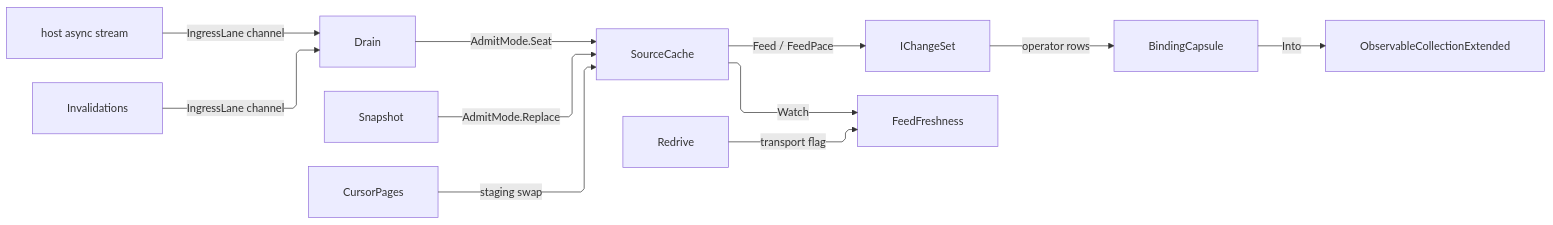
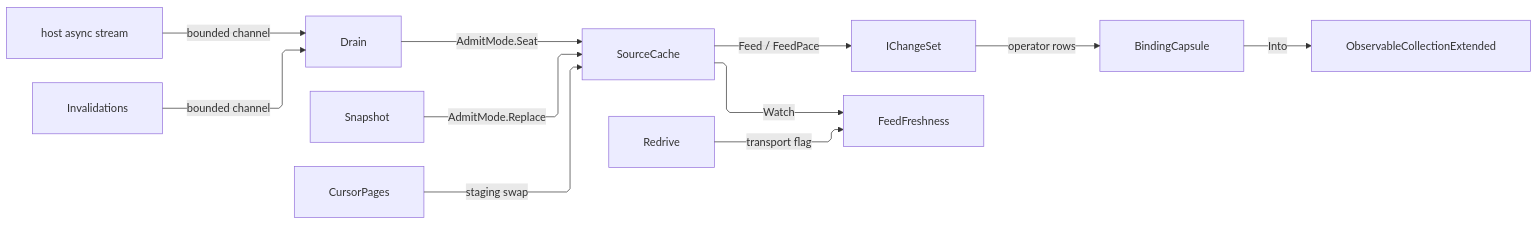
The first of 2 diagrams in libs/dotnet/Rasm.AppUi/.planning/Editing/livedata.md (bsamiee/Rasm), drawn with Mermaid before and after one commit. The commit also changed other lines of this file and 1417 other files, not shown here.

````diff
--- a/libs/dotnet/Rasm.AppUi/.planning/Editing/livedata.md
+++ b/libs/dotnet/Rasm.AppUi/.planning/Editing/livedata.md
@@ -402,22 +377,22 @@
 ```mermaid
 ---
 config:
   layout: elk
   flowchart:
     curve: linear
     padding: 25
 ---
 flowchart LR
     accTitle: Live-data admission spine
     accDescr: Host facts and snapshots converge through a bounded ingress channel and typed admission into one source cache, paced feed, change-set pipeline, binding capsule, and collection.
-    HostFacts["host async stream"] -->|IngressLane channel| Drain
-    Invalidations -->|IngressLane channel| Drain
+    HostFacts["host async stream"] -->|bounded channel| Drain
+    Invalidations -->|bounded channel| Drain
     Drain -->|AdmitMode.Seat| SourceCache
     Snapshot -->|AdmitMode.Replace| SourceCache
     CursorPages -->|staging swap| SourceCache
     SourceCache -->|Feed / FeedPace| IChangeSet
     IChangeSet -->|operator rows| BindingCapsule
     BindingCapsule -->|Into| ObservableCollectionExtended
     Redrive -->|transport flag| FeedFreshness
     SourceCache -->|Watch| FeedFreshness
 ```
````
